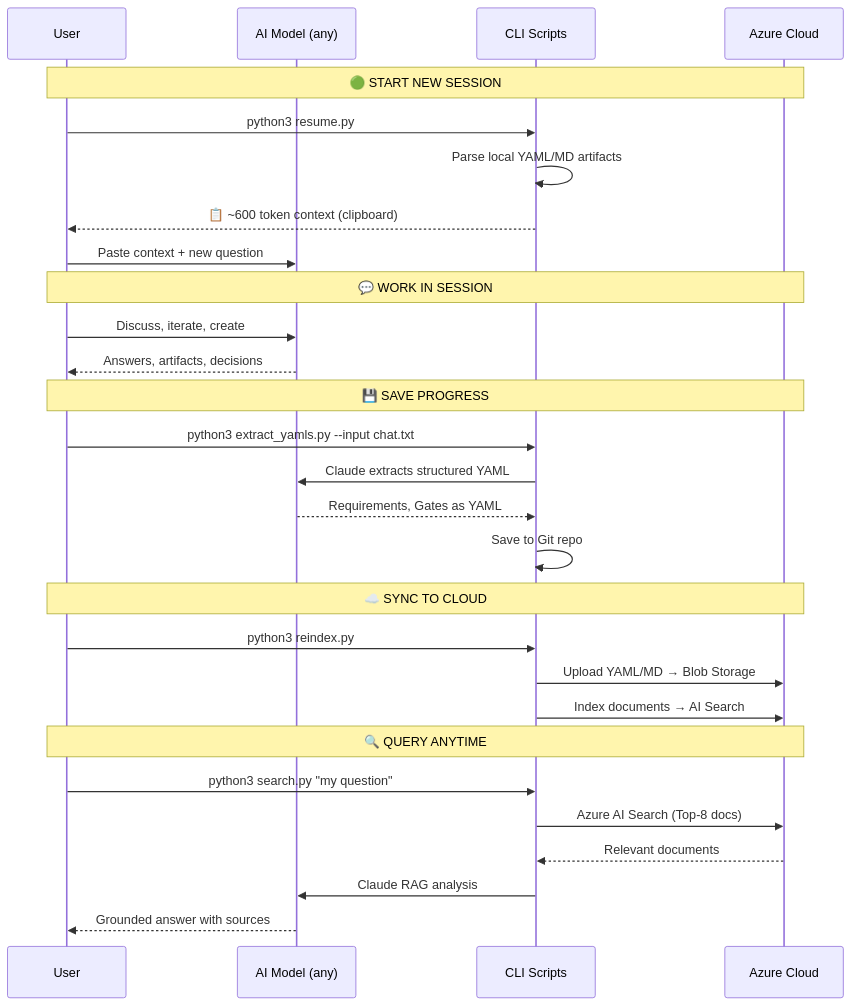
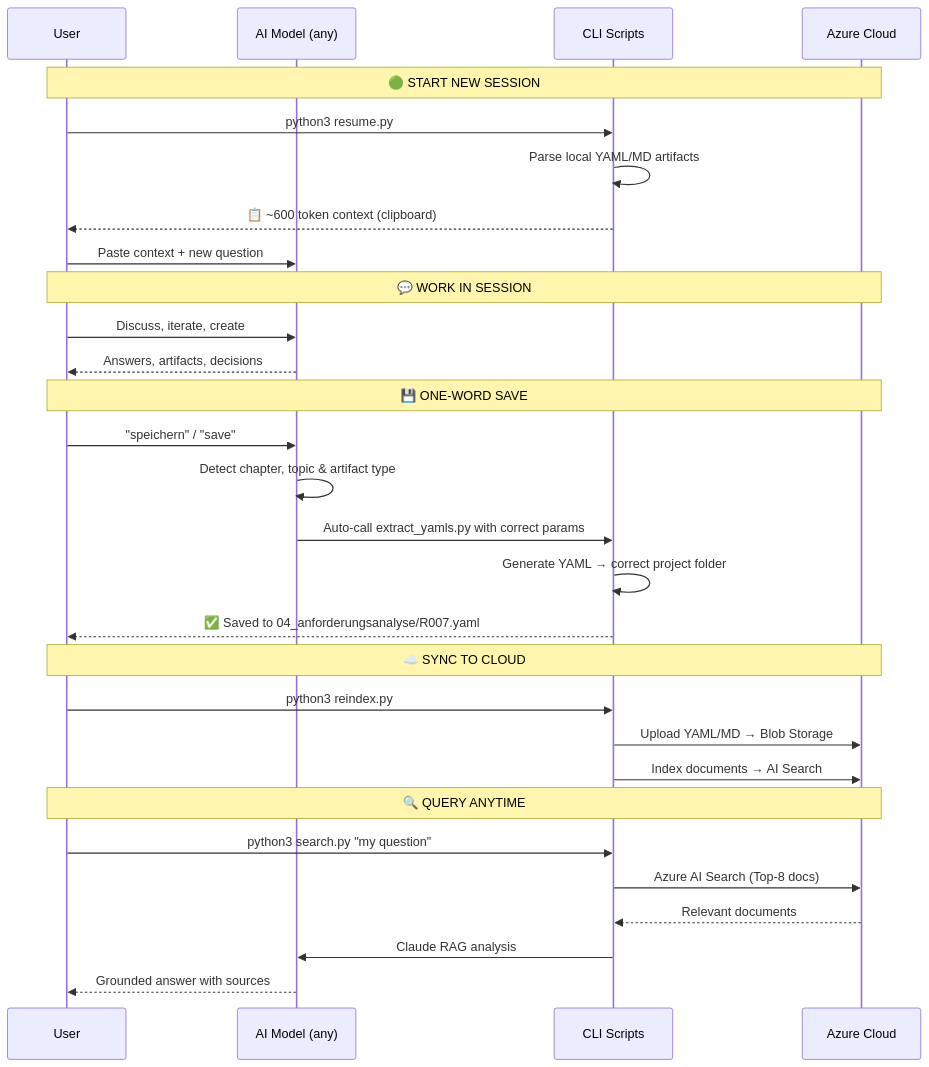
Before and after one commit to MustDemir/ai-context-vault: the third of 3 diagrams in README.md, drawn with Mermaid. The commit also changed other lines of this file, not shown here.

First line of the commit message:
docs: expand Problem to 3 dimensions + One-Word Save feature

````diff
--- a/README.md
+++ b/README.md
@@ -77,35 +135,36 @@
 ```mermaid
 sequenceDiagram
     participant User
     participant AI as AI Model (any)
     participant Scripts as CLI Scripts
     participant Azure as Azure Cloud
 
     Note over User,Azure: 🟢 START NEW SESSION
     User->>Scripts: python3 resume.py
     Scripts->>Scripts: Parse local YAML/MD artifacts
     Scripts-->>User: 📋 ~600 token context (clipboard)
     User->>AI: Paste context + new question
 
     Note over User,Azure: 💬 WORK IN SESSION
     User->>AI: Discuss, iterate, create
     AI-->>User: Answers, artifacts, decisions
 
-    Note over User,Azure: 💾 SAVE PROGRESS
-    User->>Scripts: python3 extract_yamls.py --input chat.txt
-    Scripts->>AI: Claude extracts structured YAML
-    AI-->>Scripts: Requirements, Gates as YAML
-    Scripts->>Scripts: Save to Git repo
+    Note over User,Azure: 💾 ONE-WORD SAVE
+    User->>AI: "speichern" / "save"
+    AI->>AI: Detect chapter, topic & artifact type
+    AI->>Scripts: Auto-call extract_yamls.py with correct params
+    Scripts->>Scripts: Generate YAML → correct project folder
+    Scripts-->>User: ✅ Saved to 04_anforderungsanalyse/R007.yaml
 
     Note over User,Azure: ☁️ SYNC TO CLOUD
     User->>Scripts: python3 reindex.py
     Scripts->>Azure: Upload YAML/MD → Blob Storage
     Scripts->>Azure: Index documents → AI Search
 
     Note over User,Azure: 🔍 QUERY ANYTIME
     User->>Scripts: python3 search.py "my question"
     Scripts->>Azure: Azure AI Search (Top-8 docs)
     Azure-->>Scripts: Relevant documents
     Scripts->>AI: Claude RAG analysis
     AI-->>User: Grounded answer with sources
 ```
````
